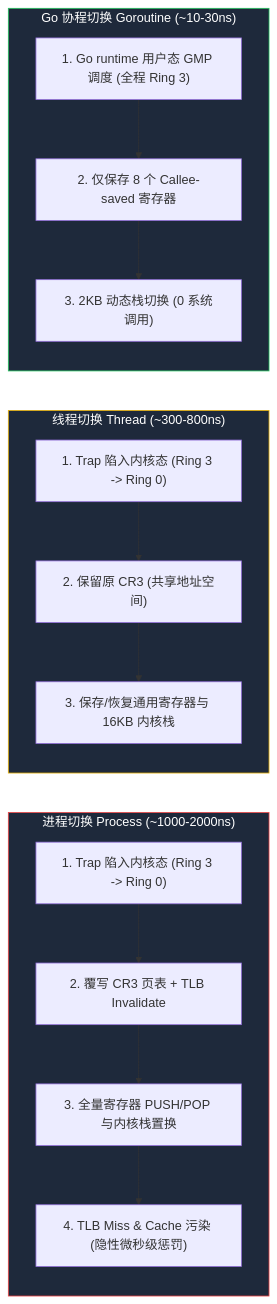
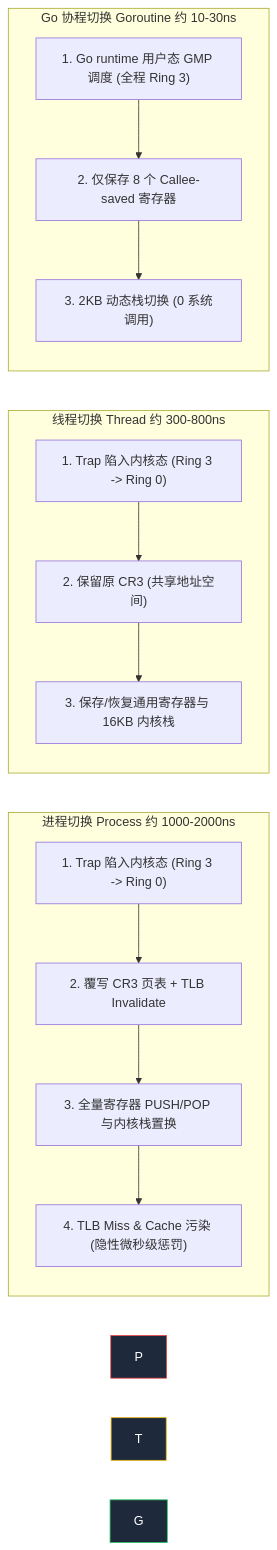
Before and after one commit to MoreConsequence/MoreConsequence.github.io: the sixth of 8 diagrams in content/posts/understanding-context-switching-from-cpu-to-goroutines.md, drawn with Mermaid. The commit also changed other lines of this file and 3 other files, not shown here.

Commit message:
fix(blog): 修复上下文切换博文的图片溢出、Mermaid 渲染、CSS 结构及相邻文章排版问题

````diff
--- a/content/posts/understanding-context-switching-from-cpu-to-goroutines.md
+++ b/content/posts/understanding-context-switching-from-cpu-to-goroutines.md
@@ -261,24 +263,24 @@
 ```mermaid
 flowchart LR
-    subgraph P["进程切换 Process (~1000-2000ns)"]
+    subgraph ProcessGroup["进程切换 Process 约 1000-2000ns"]
         direction TB
         P1["1. Trap 陷入内核态 (Ring 3 -> Ring 0)"] --> P2["2. 覆写 CR3 页表 + TLB Invalidate"]
         P2 --> P3["3. 全量寄存器 PUSH/POP 与内核栈置换"] --> P4["4. TLB Miss & Cache 污染 (隐性微秒级惩罚)"]
     end
 
-    subgraph T["线程切换 Thread (~300-800ns)"]
+    subgraph ThreadGroup["线程切换 Thread 约 300-800ns"]
         direction TB
         T1["1. Trap 陷入内核态 (Ring 3 -> Ring 0)"] --> T2["2. 保留原 CR3 (共享地址空间)"]
         T2 --> T3["3. 保存/恢复通用寄存器与 16KB 内核栈"]
     end
 
-    subgraph G["Go 协程切换 Goroutine (~10-30ns)"]
+    subgraph GoroutineGroup["Go 协程切换 Goroutine 约 10-30ns"]
         direction TB
         G1["1. Go runtime 用户态 GMP 调度 (全程 Ring 3)"] --> G2["2. 仅保存 8 个 Callee-saved 寄存器"]
         G2 --> G3["3. 2KB 动态栈切换 (0 系统调用)"]
     end
 
     style P fill:#1e293b,stroke:#ef4444,color:#fff
     style T fill:#1e293b,stroke:#eab308,color:#fff
     style G fill:#1e293b,stroke:#22c55e,color:#fff
 ```
````
